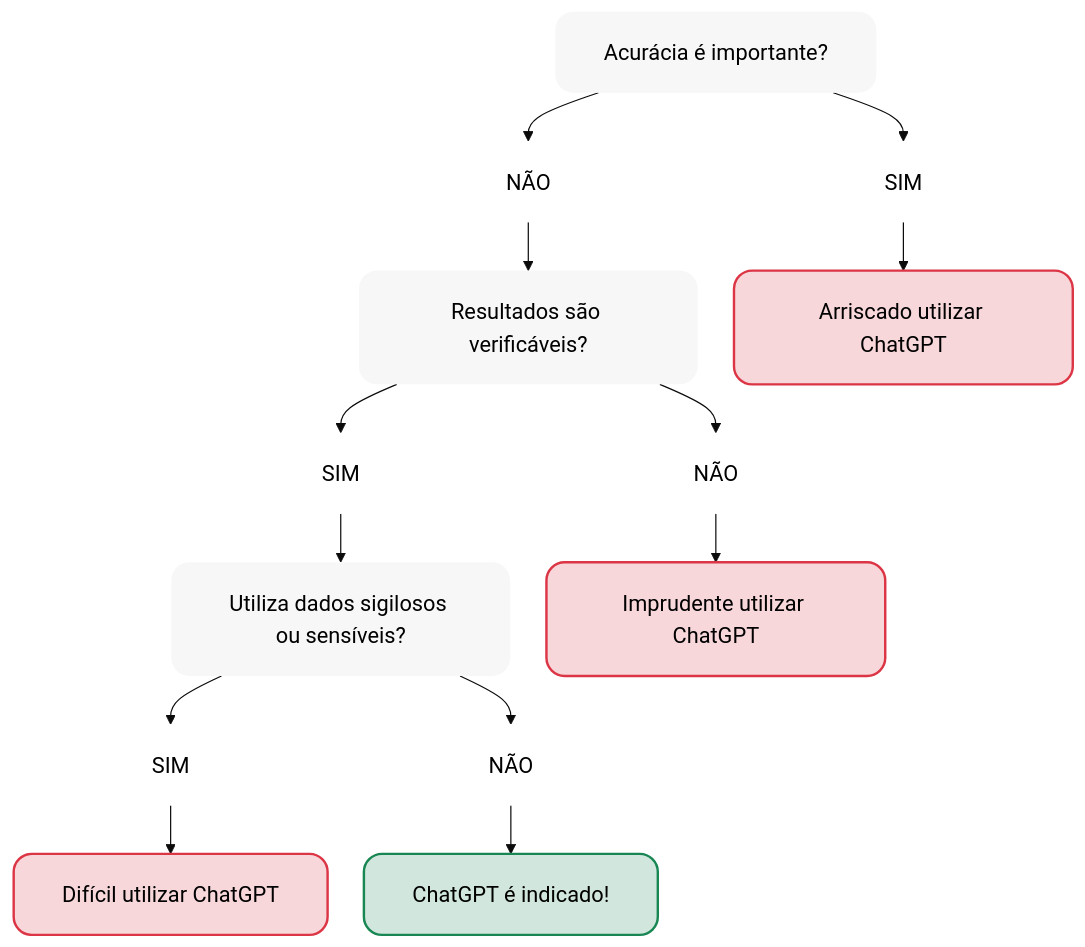
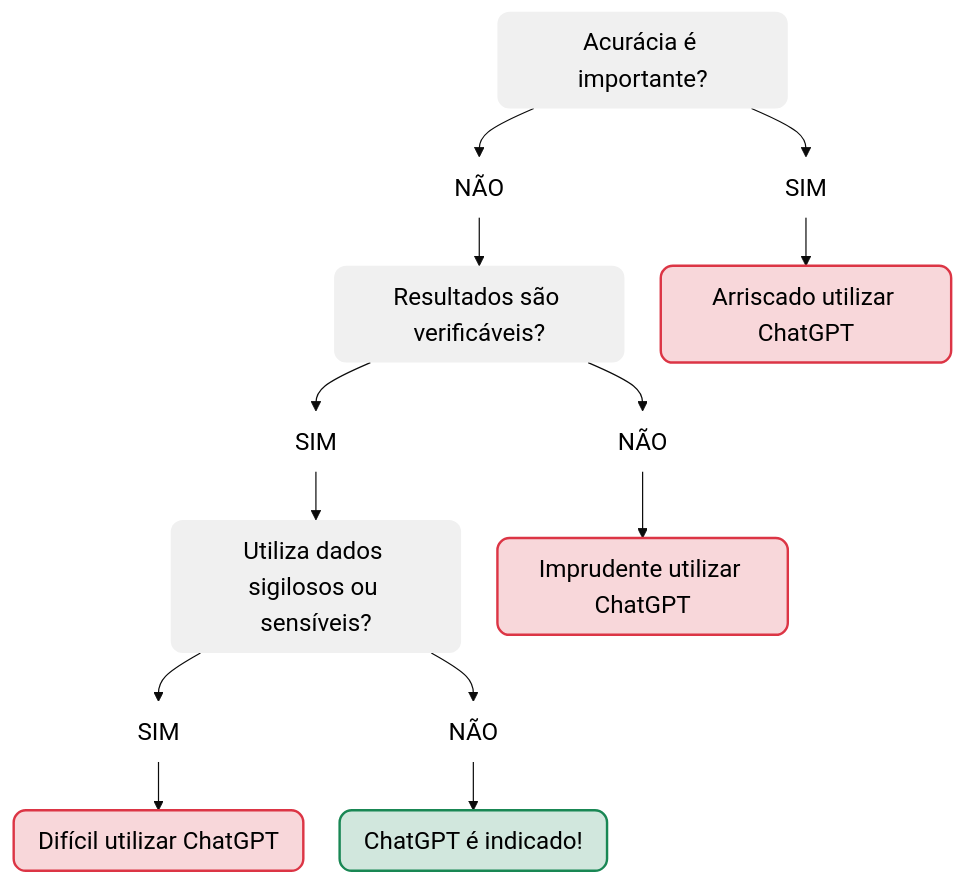
Before and after one commit to danilosouza-usp/eae1106: the diagram in inteligencia_artificial.qmd, drawn with Mermaid. The commit also changed other lines of this file and 26 other files, not shown here.

````diff
--- a/inteligencia_artificial.qmd
+++ b/inteligencia_artificial.qmd
@@ -69,60 +69,60 @@
 ```{mermaid}
 %%{init: {
   "theme": "base",
   "flowchart": {
-    "padding": 20,
+    "padding": 10,
     "nodeSpacing": 30,
     "rankSpacing": 40
   },
   "themeVariables": {
-    "fontSize": "18px"
+    "fontSize": "20px"
   }
 }}%%
 
 flowchart TB
     A[Acurácia é importante?]
     B[Resultados são verificáveis?] 
     C[Utiliza dados sigilosos ou sensíveis?]
     D[ChatGPT é indicado!]
     N1[Arriscado utilizar ChatGPT]
     N2[Imprudente utilizar ChatGPT]
     N3[Difícil utilizar ChatGPT]
 
     s1["SIM"]
     n1["NÃO"]
     s2["SIM"]
     n2["NÃO"]
     s3["SIM"]
     n3["NÃO"]
 
     A --> s1 --> N1
     A --> n1 --> B
 
     B --> n2 --> N2
     B --> s2 --> C
 
     C --> s3 --> N3
     C --> n3 --> D
 
     %% Estilo opcional para reforçar aparência de árvore de decisão
-    classDef decision fill:#f7f7f7,color:#000000,stroke-width:0px;
+    classDef decision fill:#f0f0f0,color:#000000,stroke-width:0px;
     classDef allow fill:#d1e7dd,color:#000000,stroke:#198754,stroke-width:2px
     classDef deny fill:#f8d7da,color:#000000,stroke:#dc3545,stroke-width:2px;
     classDef choice fill:#ffffff,color:#000000,stroke:#ffffff,stroke-width:0px;
 
     class A,B,C decision;
     class D allow;
     class N1,N2,N3 deny;
     class s1,n1,s2,n2,s3,n3 choice;
 
     %% Arredondamento
-    style A rx:15,ry:15;
-    style B rx:15,ry:15
-    style C rx:15,ry:15
-    style D rx:15,ry:15
-    style N1 rx:15,ry:15
-    style N2 rx:15,ry:15
-    style N3 rx:15,ry:15
+    style A rx:10,ry:10;
+    style B rx:10,ry:10;
+    style C rx:10,ry:10;
+    style D rx:10,ry:10;
+    style N1 rx:10,ry:10;
+    style N2 rx:10,ry:10;
+    style N3 rx:10,ry:10;
 
-    linkStyle default stroke-width:1px
+    linkStyle default stroke-width:1px;
 ```
````
